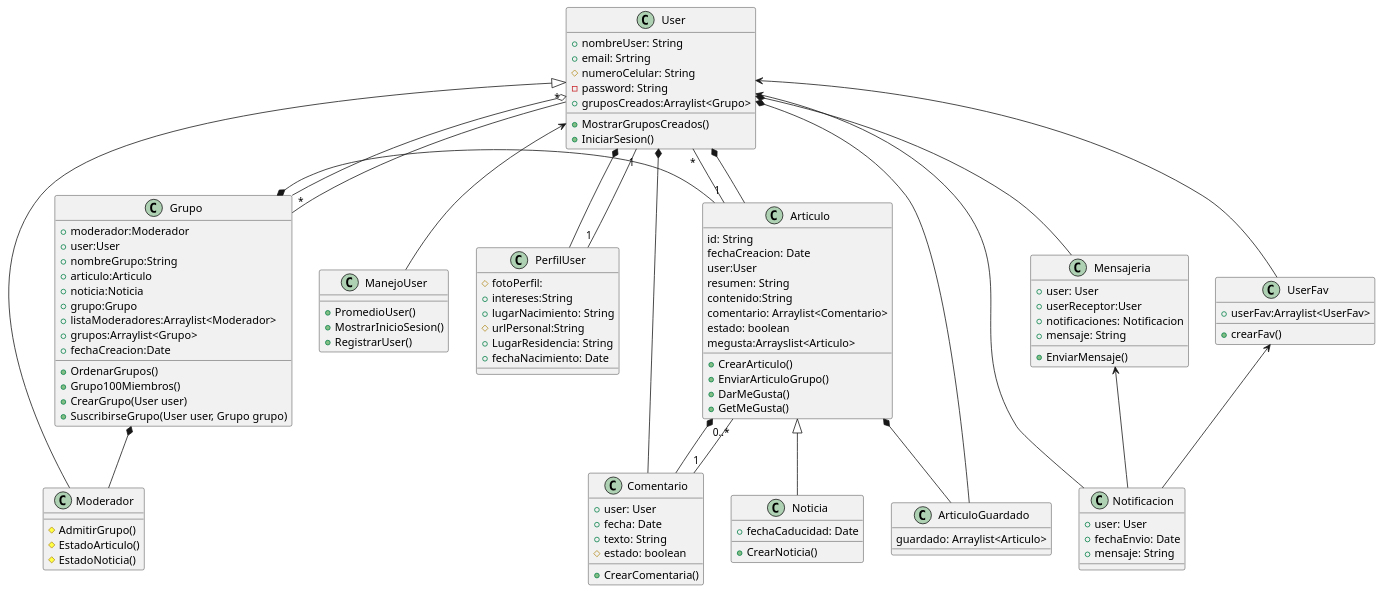
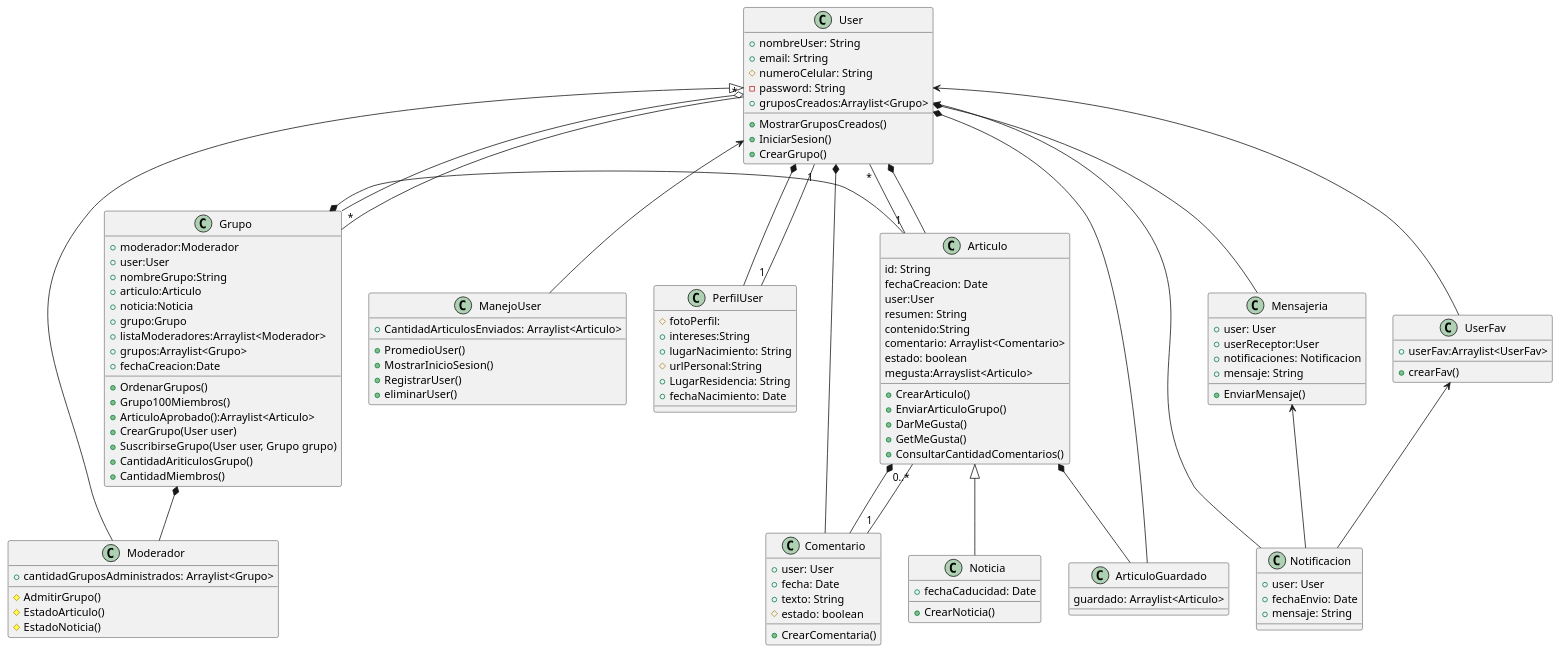
The diagram in src/co/edu/udec/poo/documentacion/Diagrama.puml (Marialopez35109/MariaLopezAct1POO202522), drawn with PlantUML before and after one commit. The commit also changed 27 other files, not shown here.

```diff
--- a/src/co/edu/udec/poo/documentacion/Diagrama.puml
+++ b/src/co/edu/udec/poo/documentacion/Diagrama.puml
@@ -1,146 +1,154 @@
 @startuml
 'https://plantuml.com/class-diagram
 
 ' Clases
 class ManejoUser{
 +PromedioUser()
 +MostrarInicioSesion()
 +RegistrarUser()
++CantidadArticulosEnviados: Arraylist<Articulo>
++eliminarUser()
 }
 'Relaciones
 User<--ManejoUser
 '---------------------------------------------------
 class User{
 +nombreUser: String
 +email: Srtring
 #numeroCelular: String
 -password: String
 +gruposCreados:Arraylist<Grupo>
 
 +MostrarGruposCreados()
 +IniciarSesion()
-
++CrearGrupo()
 }
 'Relaciones
 User "*"-- "1" Articulo
 '----------------------------------------------------
 class PerfilUser{
     #fotoPerfil:
     +intereses:String
     +lugarNacimiento: String
     #urlPersonal:String
     +LugarResidencia: String
     +fechaNacimiento: Date
 }
 'Relaciones
 User*--PerfilUser
 User "1" -- "1" PerfilUser
 '------------------------------------------------------
 class Moderador{
 #AdmitirGrupo()
++cantidadGruposAdministrados: Arraylist<Grupo>
 #EstadoArticulo()
 #EstadoNoticia()
+
 }
 'Relaciones
 User <|-- Moderador
 Grupo*--Moderador
 '----------------------------------------------------
 class UserFav{
     +userFav:Arraylist<UserFav>
     +crearFav()
 }
 'Relaciones
 User<-- UserFav
 
 '----------------------------------------------------
 class Grupo{
     +moderador:Moderador
     +user:User
     +nombreGrupo:String
     +articulo:Articulo
     +noticia:Noticia
     +grupo:Grupo
     +listaModeradores:Arraylist<Moderador>
     +grupos:Arraylist<Grupo>
     +fechaCreacion:Date
 
     +OrdenarGrupos()
     +Grupo100Miembros()
     'Arraylist<Grupo>
+    +ArticuloAprobado():Arraylist<Articulo>
     +CrearGrupo(User user)
     +SuscribirseGrupo(User user, Grupo grupo)
+    +CantidadAriticulosGrupo()
+    +CantidadMiembros()
 }
 'Relaciones
 User o--Grupo
 User "*"--"*" Grupo
 '-----------------------------------------------------
 class Articulo{
     id: String
     fechaCreacion: Date
     user:User
     resumen: String
     contenido:String
     comentario: Arraylist<Comentario>
     estado: boolean
     megusta:Arrayslist<Articulo>
     +CrearArticulo()
     +EnviarArticuloGrupo()
     +DarMeGusta()
     +GetMeGusta()
+    +ConsultarCantidadComentarios()
 }
 'Relaciones
 User*--Articulo
 Grupo*-Articulo
 '------------------------------------------------------
 class Noticia{
     +fechaCaducidad: Date
     +CrearNoticia()
     }
 'Relaciones
 Articulo<|--Noticia
 '------------------------------------------------------
 class Comentario{
     +user: User
     +fecha: Date
     +texto: String
     #estado: boolean
     +CrearComentaria()
 }
 'Relaciones
 Articulo*--Comentario
 Articulo "0..*" -- "1" Comentario
 User*--Comentario
 '------------------------------------------------------
 class Notificacion{
     +user: User
     +fechaEnvio: Date
     +mensaje: String
 }
 'Relaciones
 User<-- Notificacion
 UserFav<--Notificacion
 Mensajeria<--Notificacion
 '------------------------------------------------------
 
 class Mensajeria{
     +user: User
     +userReceptor:User
     +notificaciones: Notificacion
     +mensaje: String
     +EnviarMensaje()
 }
 'Relaciones
 User*--Mensajeria
 '-----------------------------------------------------
 class ArticuloGuardado{
     guardado: Arraylist<Articulo>
 }
 'Relaciones
 User*--ArticuloGuardado
 Articulo*--ArticuloGuardado
 
 'quedé por establecer qur tpio de realcion tiene notificacion con las clases
 'ya tengo con mensajeria, noticias y user, no c si el tipo de relacion es de composicion
 'investigar sobre la clase UserFav
 
 @enduml
```
